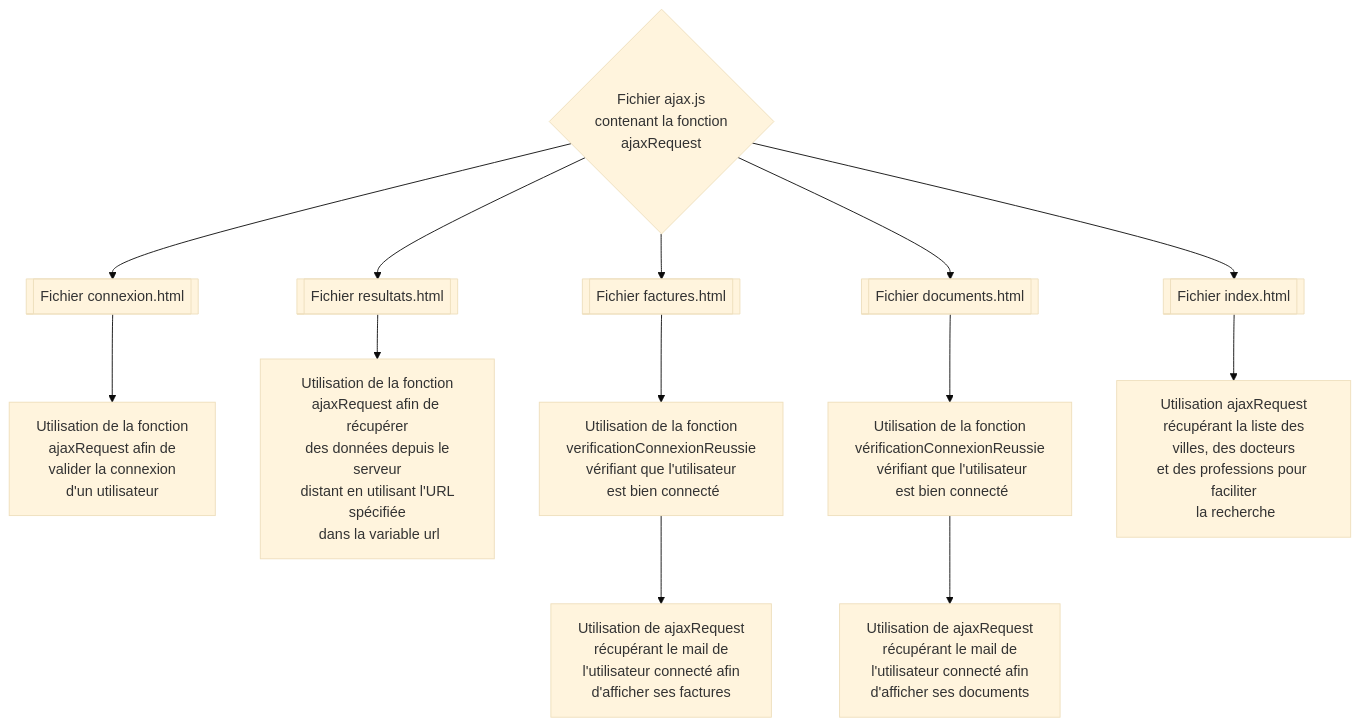
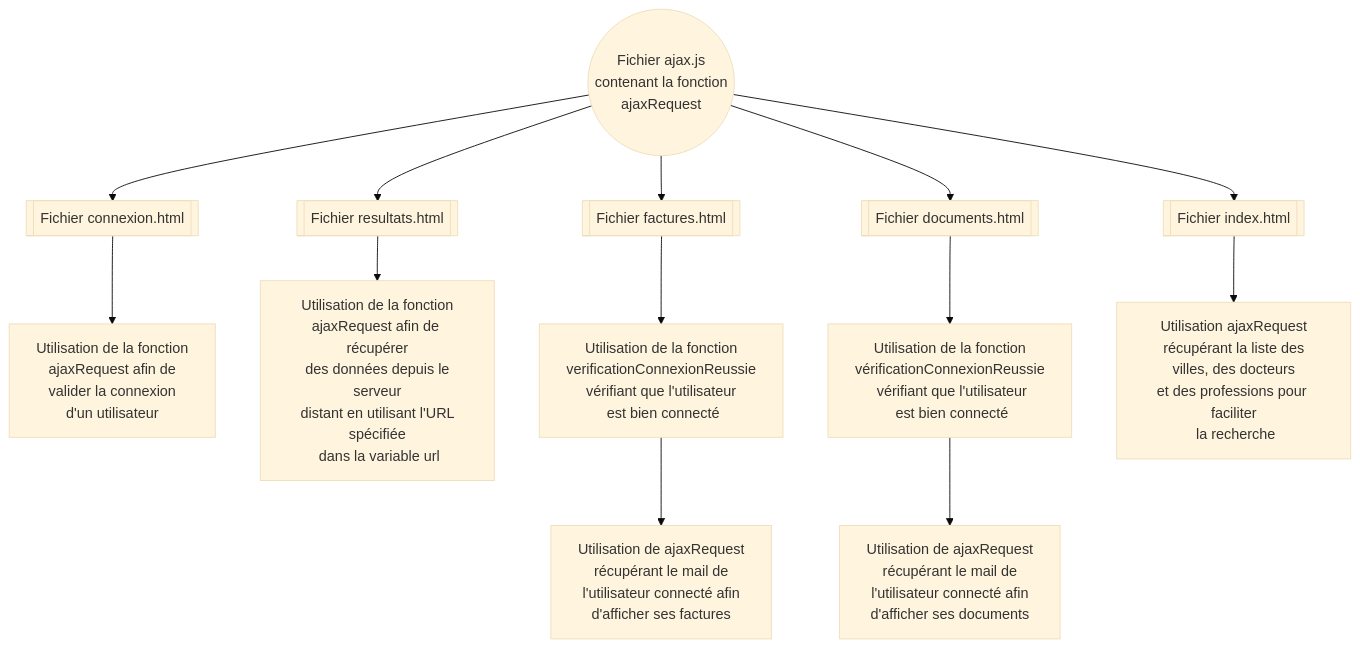
The third of 10 diagrams in FRONT_END/README.md (Alexis-LF/projet-site-securise), drawn with Mermaid (base theme) before and after one commit. The commit also changed other lines of this file, not shown here.

````diff
--- a/FRONT_END/README.md
+++ b/FRONT_END/README.md
@@ -114,26 +119,26 @@
 ```mermaid
 
 flowchart TD;
 
     %% racine
 
-    idajax{Fichier ajax.js\n contenant la fonction\najaxRequest}
+    idajax((Fichier ajax.js\n contenant la fonction\najaxRequest))
     idajax-->idconnexion[[Fichier connexion.html]]
     idajax-->idresultats[[Fichier resultats.html]]
     idajax-->idfactures[[Fichier factures.html]]
     idajax-->iddocuments[[Fichier documents.html]]
     idajax-->idindex[[Fichier index.html]]
 
     idconnexion-->idconnexion2[Utilisation de la fonction\najaxRequest afin de\n valider la connexion\n d'un utilisateur]
 
     idresultats-->idresultats2[Utilisation de la fonction\najaxRequest afin de récupérer\n des données depuis le serveur\n distant en utilisant l'URL spécifiée\n dans la variable url]
 
     idfactures-->idfactures2[Utilisation de la fonction\nverificationConnexionReussie\nvérifiant que l'utilisateur\n est bien connecté]
     idfactures2-->idfactures3[Utilisation de ajaxRequest\nrécupérant le mail de \n l'utilisateur connecté afin\n d'afficher ses factures]
 
     iddocuments-->iddocuments2[Utilisation de la fonction\nvérificationConnexionReussie\n vérifiant que l'utilisateur\n est bien connecté ]
     iddocuments2-->iddocuments3[Utilisation de ajaxRequest\nrécupérant le mail de \n l'utilisateur connecté afin\n d'afficher ses documents]
 
     idindex-->idindex2[Utilisation ajaxRequest\n récupérant la liste des villes, des docteurs\net des professions pour faciliter\n la recherche]
    
 ```
````
